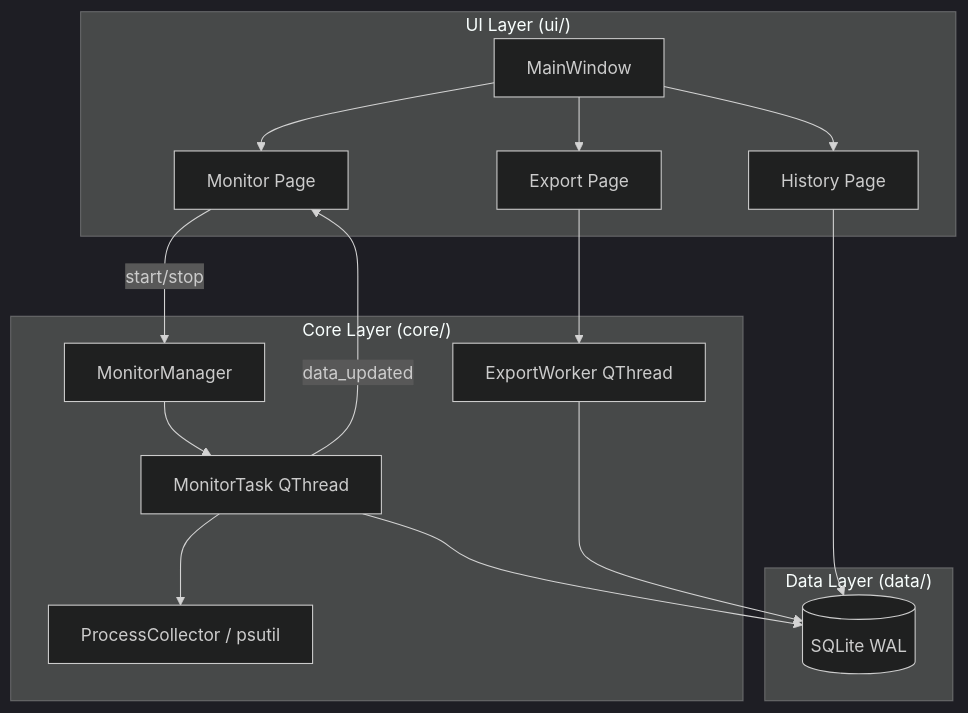
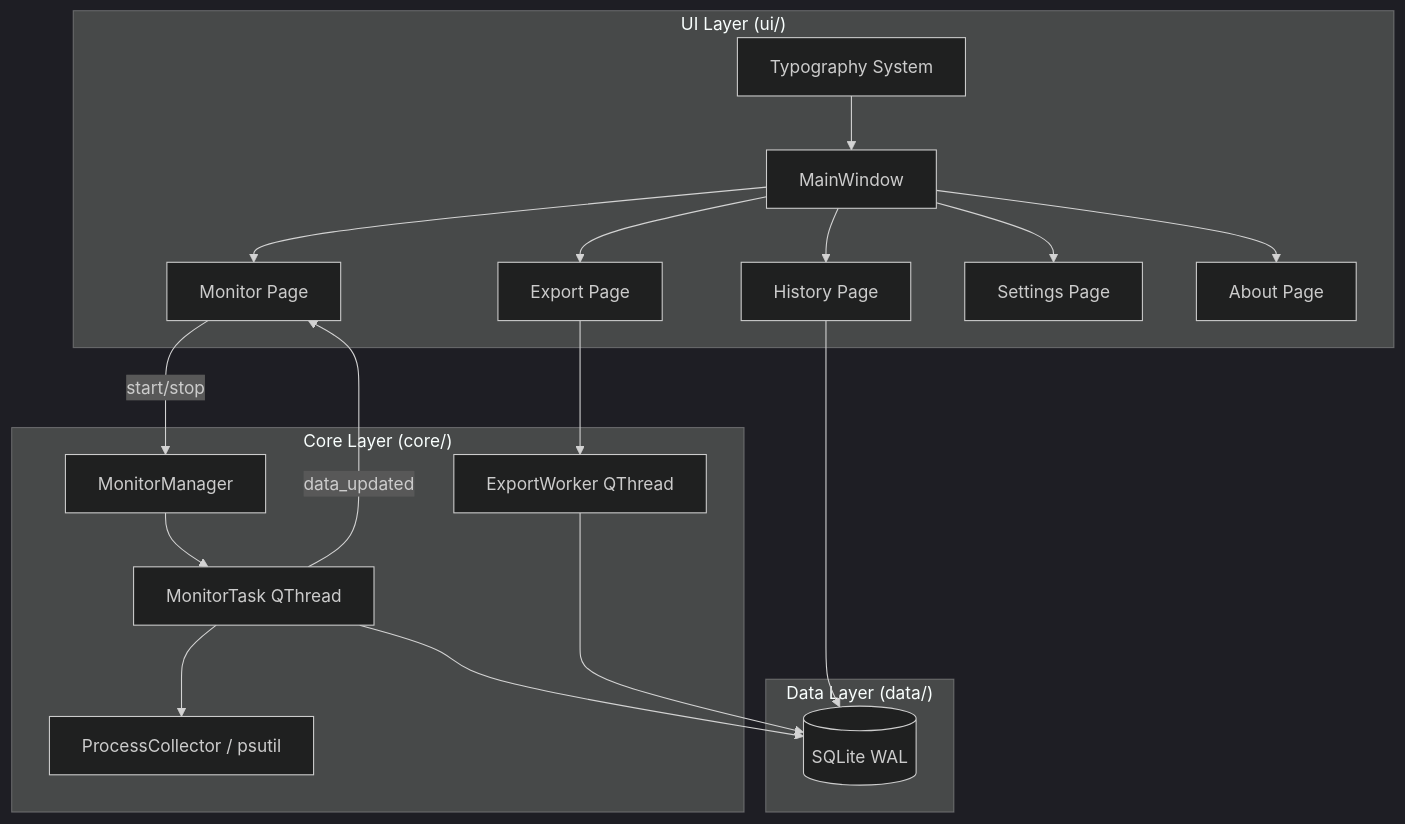
One commit to liujialu0330/ProcessMonitor changed the diagram in README.md. Above: the diagram before and after it, drawn with Mermaid (dark theme). The commit also changed other lines of this file and 26 other files, not shown here.

````diff
--- a/README.md
+++ b/README.md
@@ -91,21 +94,24 @@
 ```mermaid
 flowchart TD
     subgraph UI["UI Layer (ui/)"]
         MW[MainWindow] --> MP[Monitor Page]
         MW --> HP[History Page]
         MW --> EP[Export Page]
+        MW --> SP[Settings Page]
+        MW --> AP[About Page]
+        TS[Typography System] --> MW
     end
     subgraph Core["Core Layer (core/)"]
         MM[MonitorManager] --> MT[MonitorTask QThread]
         MT --> PC[ProcessCollector / psutil]
         EW[ExportWorker QThread]
     end
     subgraph Data["Data Layer (data/)"]
         DB[(SQLite WAL)]
     end
     MP -->|start/stop| MM
     MT -->|data_updated| MP
     MT --> DB
     HP --> DB
     EP --> EW --> DB
 ```
````
